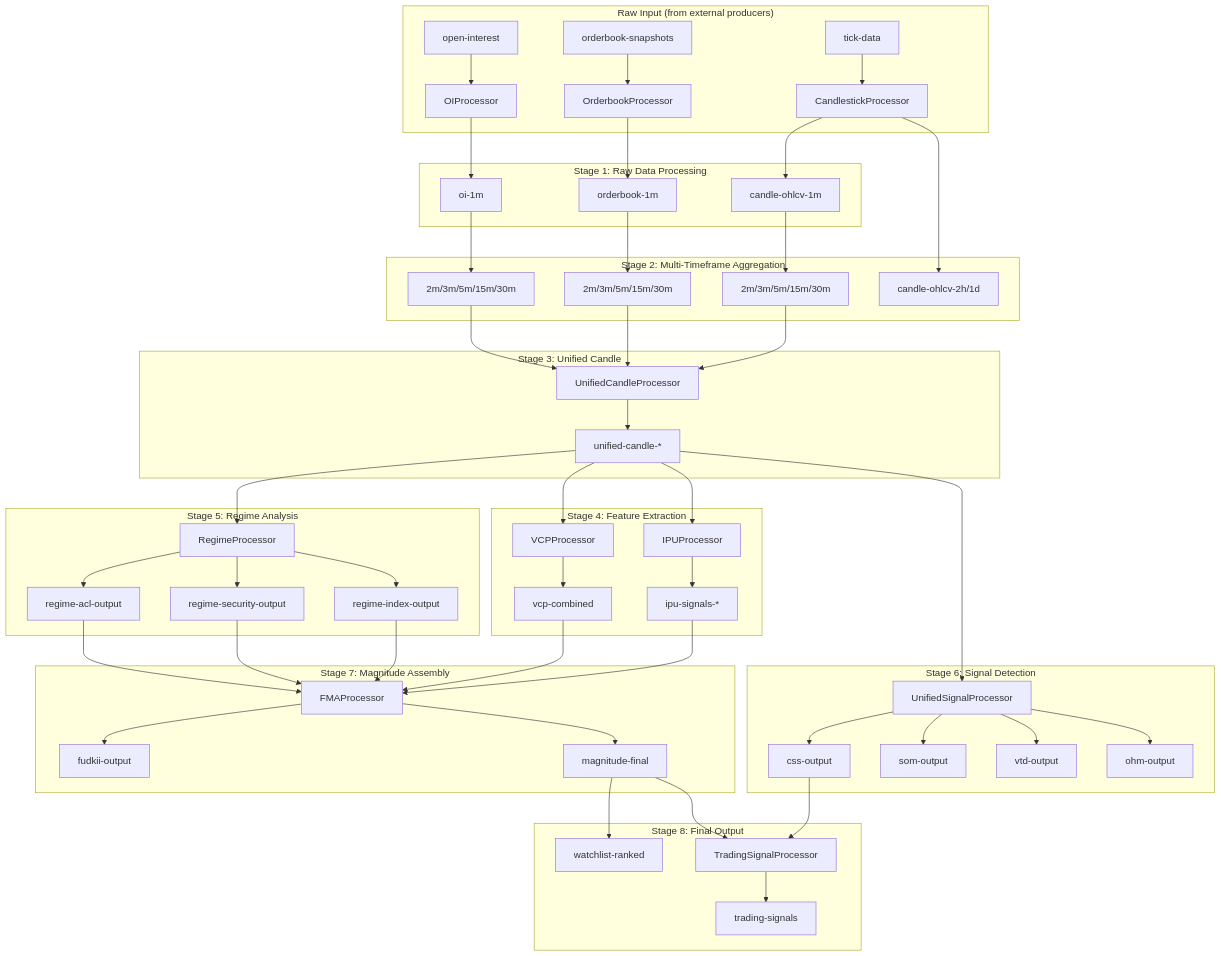
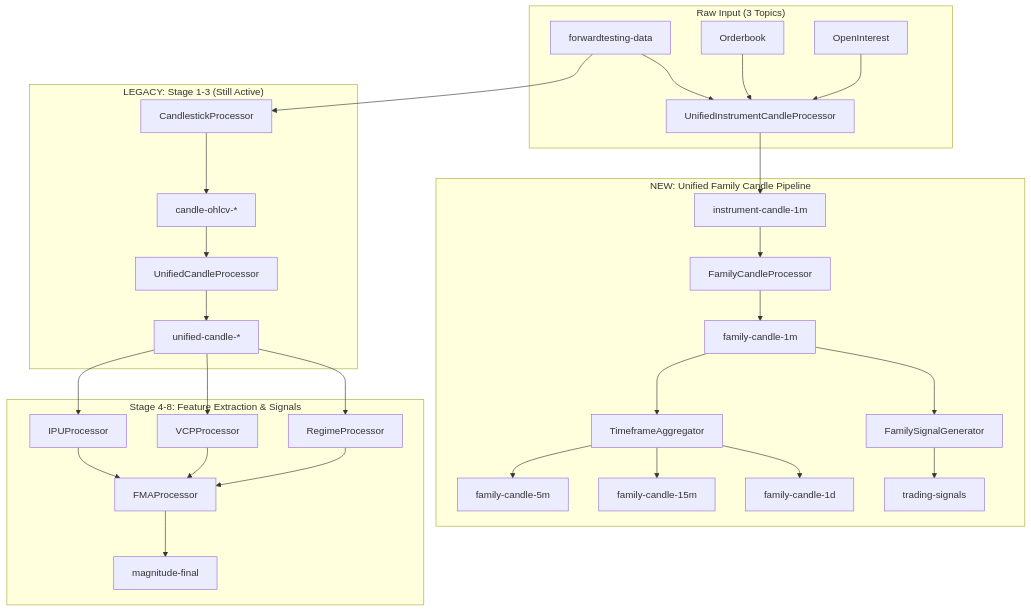
One commit to Shiv7/streamingcandle changed the diagram in SYSTEM_ARCHITECTURE.md. Above: the diagram before and after it, drawn with Mermaid. The commit also changed other lines of this file and 1 other file, not shown here.

````diff
--- a/SYSTEM_ARCHITECTURE.md
+++ b/SYSTEM_ARCHITECTURE.md
@@ -11,67 +13,37 @@
 ```mermaid
 graph TB
-    subgraph "Raw Input (from external producers)"
-        T[tick-data] --> CP
-        OB[orderbook-snapshots] --> OP
-        OI[open-interest] --> OIP
+    subgraph "Raw Input (3 Topics)"
+        T[forwardtesting-data] --> UIP
+        OB[Orderbook] --> UIP
+        OI[OpenInterest] --> UIP
     end
     
-    subgraph "Stage 1: Raw Data Processing"
-        CP[CandlestickProcessor] --> C1[candle-ohlcv-1m]
-        OP[OrderbookProcessor] --> OB1[orderbook-1m]
-        OIP[OIProcessor] --> OI1[oi-1m]
+    subgraph "NEW: Unified Family Candle Pipeline"
+        UIP[UnifiedInstrumentCandleProcessor] --> IC[instrument-candle-1m]
+        IC --> FCP[FamilyCandleProcessor]
+        FCP --> FC1[family-candle-1m]
+        FC1 --> TFA[TimeframeAggregator]
+        TFA --> FC5[family-candle-5m]
+        TFA --> FC15[family-candle-15m]
+        TFA --> FC1D[family-candle-1d]
+        FC1 --> FSG[FamilySignalGenerator]
+        FSG --> TS[trading-signals]
     end
     
-    subgraph "Stage 2: Multi-Timeframe Aggregation"
-        C1 --> C2[2m/3m/5m/15m/30m]
-        OB1 --> OB2[2m/3m/5m/15m/30m]
-        OI1 --> OI2[2m/3m/5m/15m/30m]
-        CP --> C2H[candle-ohlcv-2h/1d]
-    end
-    
-    subgraph "Stage 3: Unified Candle"
-        C2 --> UCP[UnifiedCandleProcessor]
-        OB2 --> UCP
-        OI2 --> UCP
+    subgraph "LEGACY: Stage 1-3 (Still Active)"
+        T --> CP[CandlestickProcessor]
+        CP --> C1[candle-ohlcv-*]
+        C1 --> UCP[UnifiedCandleProcessor]
         UCP --> UC[unified-candle-*]
     end
     
-    subgraph "Stage 4: Feature Extraction"
+    subgraph "Stage 4-8: Feature Extraction & Signals"
         UC --> IPU[IPUProcessor]
         UC --> VCP[VCPProcessor]
-        IPU --> IPUOUT[ipu-signals-*]
-        VCP --> VCPOUT[vcp-combined]
-    end
-    
-    subgraph "Stage 5: Regime Analysis"
         UC --> RP[RegimeProcessor]
-        RP --> IR[regime-index-output]
-        RP --> SR[regime-security-output]
-        RP --> ACL[regime-acl-output]
-    end
-    
-    subgraph "Stage 6: Signal Detection"
-        UC --> USP[UnifiedSignalProcessor]
-        USP --> CSS[css-output]
-        USP --> SOM[som-output]
-        USP --> VTD[vtd-output]
-        USP --> OHM[ohm-output]
-    end
-    
-    subgraph "Stage 7: Magnitude Assembly"
-        IPUOUT --> FMA[FMAProcessor]
-        VCPOUT --> FMA
-        IR --> FMA
-        SR --> FMA
-        ACL --> FMA
-        FMA --> FUDKII[fudkii-output]
+        IPU --> FMA[FMAProcessor]
+        VCP --> FMA
+        RP --> FMA
         FMA --> MAG[magnitude-final]
     end
-    
-    subgraph "Stage 8: Final Output"
-        MAG --> WL[watchlist-ranked]
-        CSS --> TS[TradingSignalProcessor]
-        MAG --> TS
-        TS --> SIGNAL[trading-signals]
-    end
 ```
````
